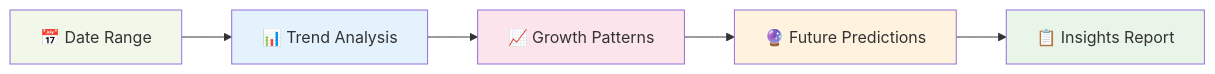
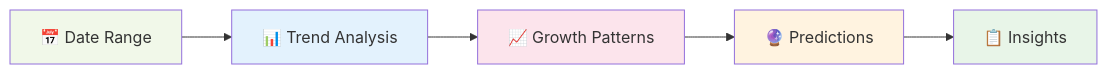
One commit to dagny099/citation-compass changed the third of 3 diagrams in docs/index.md. Above: the diagram before and after it, drawn with Mermaid. The commit also changed other lines of this file and 3 other files, not shown here.

````diff
--- a/docs/index.md
+++ b/docs/index.md
@@ -309,13 +123,13 @@
         ```mermaid
         flowchart LR
             A["📅 Date Range"] --> B["📊 Trend Analysis"]
             B --> C["📈 Growth Patterns"]
-            C --> D["🔮 Future Predictions"]
-            D --> E["📋 Insights Report"]
-            
+            C --> D["🔮 Predictions"]
+            D --> E["📋 Insights"]
+
             style A fill:#f1f8e9
             style B fill:#e3f2fd
             style C fill:#fce4ec
             style D fill:#fff3e0
             style E fill:#e8f5e8
         ```
````
